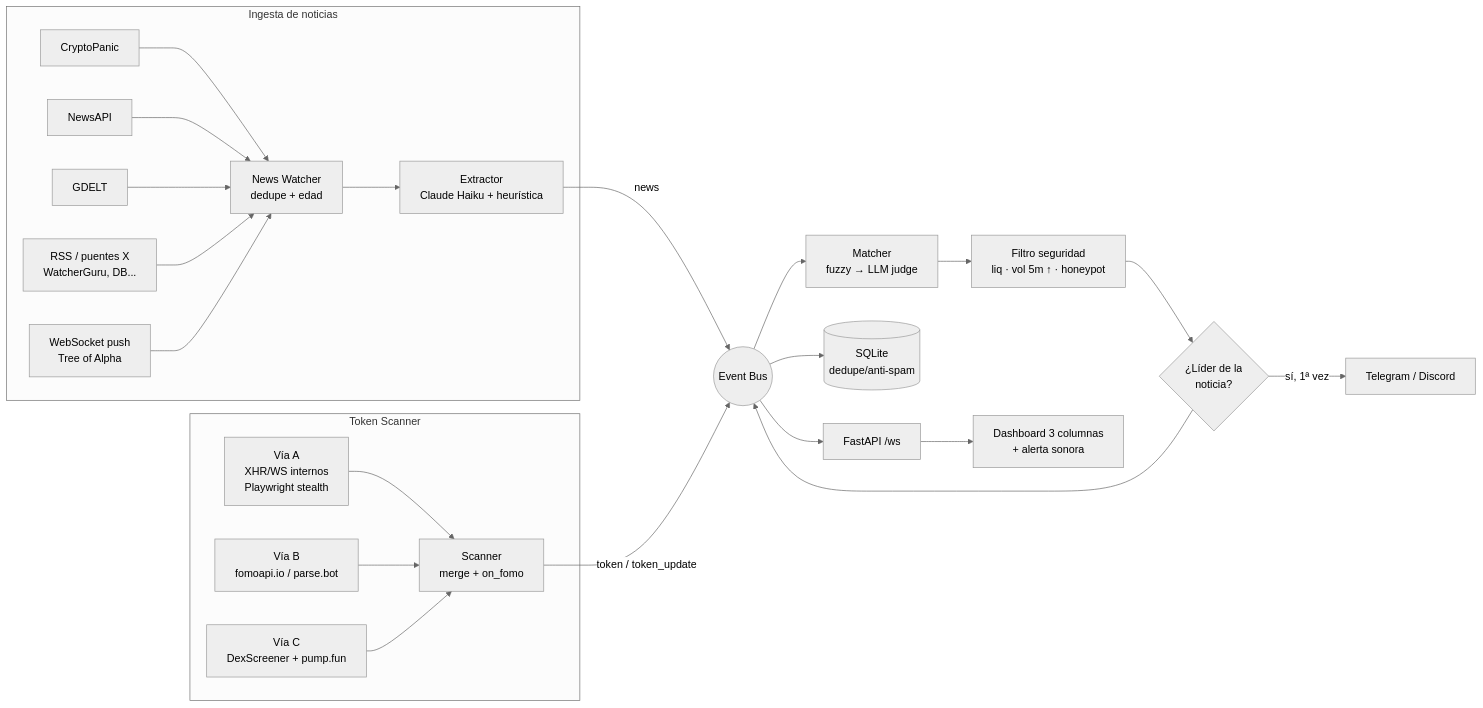
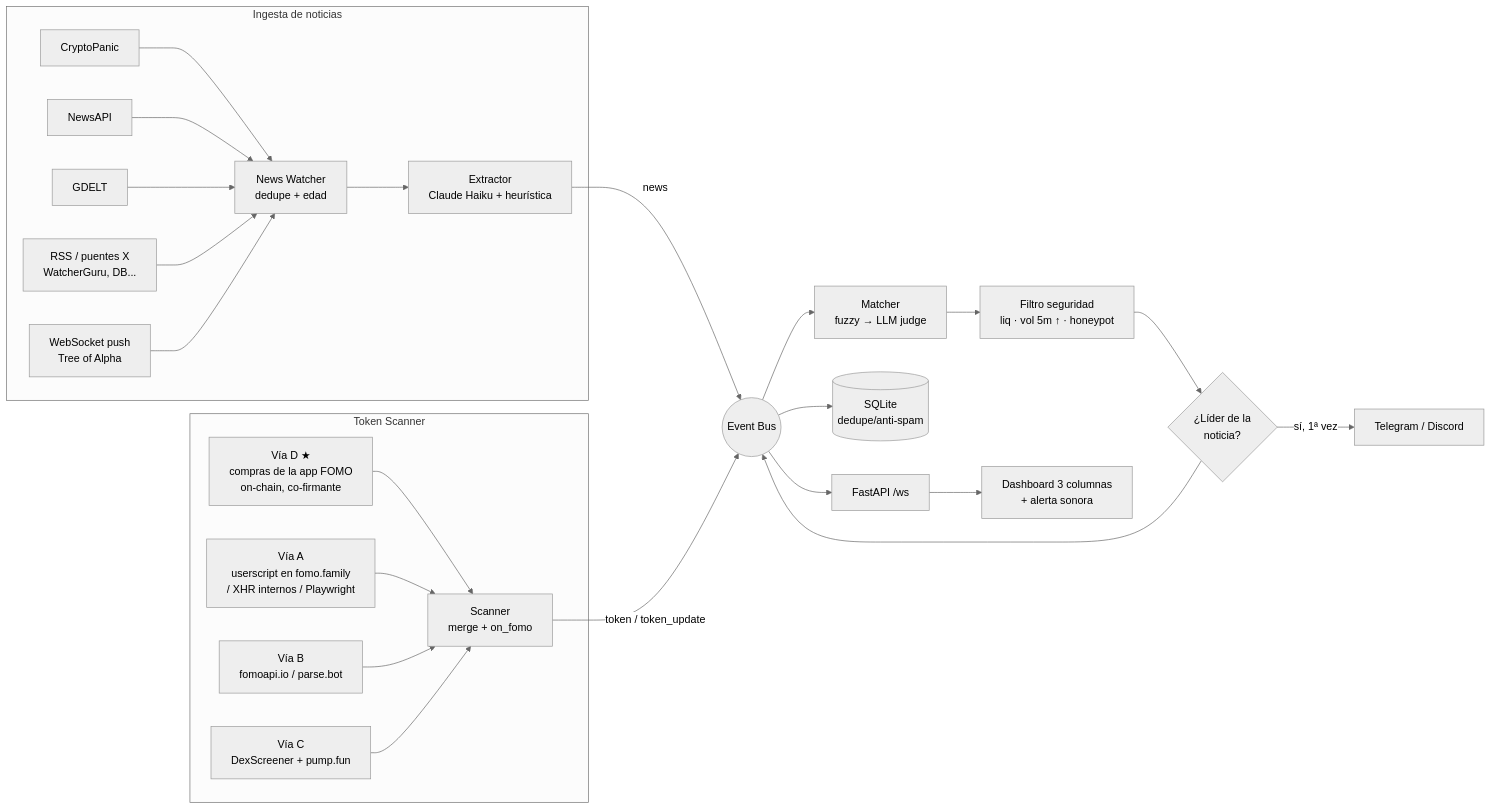
One commit to TBernardoSpace/Wylder-in-Sekiro changed the diagram in README.md. Above: the diagram before and after it, drawn with Mermaid (neutral theme). The commit also changed other lines of this file and 16 other files, not shown here.

First line of the commit message:
Detect fomo.family activity without its private API

````diff
--- a/README.md
+++ b/README.md
@@ -30,26 +30,27 @@
 ```mermaid
 flowchart LR
   subgraph Ingesta de noticias
     CP[CryptoPanic] --> NW
     NA[NewsAPI] --> NW
     GD[GDELT] --> NW
     RSS[RSS / puentes X<br/>WatcherGuru, DB...] --> NW
     WS[WebSocket push<br/>Tree of Alpha] --> NW
     NW[News Watcher<br/>dedupe + edad] --> EX[Extractor<br/>Claude Haiku + heurística]
   end
   subgraph Token Scanner
-    A[Vía A<br/>XHR/WS internos<br/>Playwright stealth] --> TS
+    D[Vía D ★<br/>compras de la app FOMO<br/>on-chain, co-firmante] --> TS
+    A[Vía A<br/>userscript en fomo.family<br/>/ XHR internos / Playwright] --> TS
     B[Vía B<br/>fomoapi.io / parse.bot] --> TS
     C[Vía C<br/>DexScreener + pump.fun] --> TS
     TS[Scanner<br/>merge + on_fomo]
   end
   EX -- news --> BUS((Event Bus))
   TS -- token / token_update --> BUS
   BUS --> M[Matcher<br/>fuzzy → LLM judge]
   M --> SF[Filtro seguridad<br/>liq · vol 5m ↑ · honeypot]
   SF --> L{¿Líder de la<br/>noticia?}
   L -- sí, 1ª vez --> AL[Telegram / Discord]
   L --> BUS
   BUS --> DB[(SQLite<br/>dedupe/anti-spam)]
   BUS --> API[FastAPI /ws] --> UI[Dashboard 3 columnas<br/>+ alerta sonora]
 ```
````
